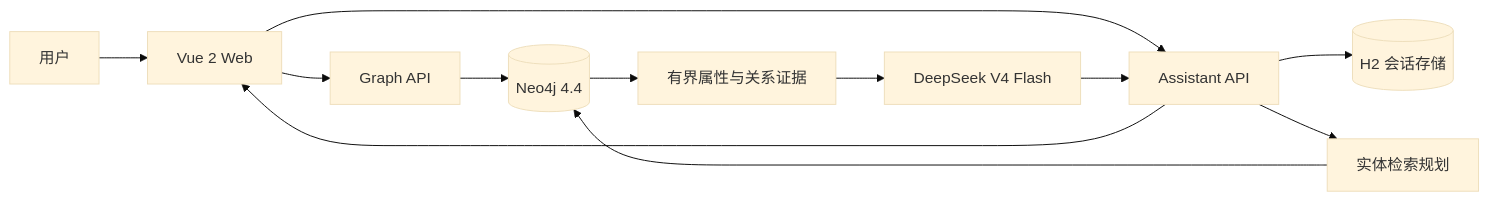
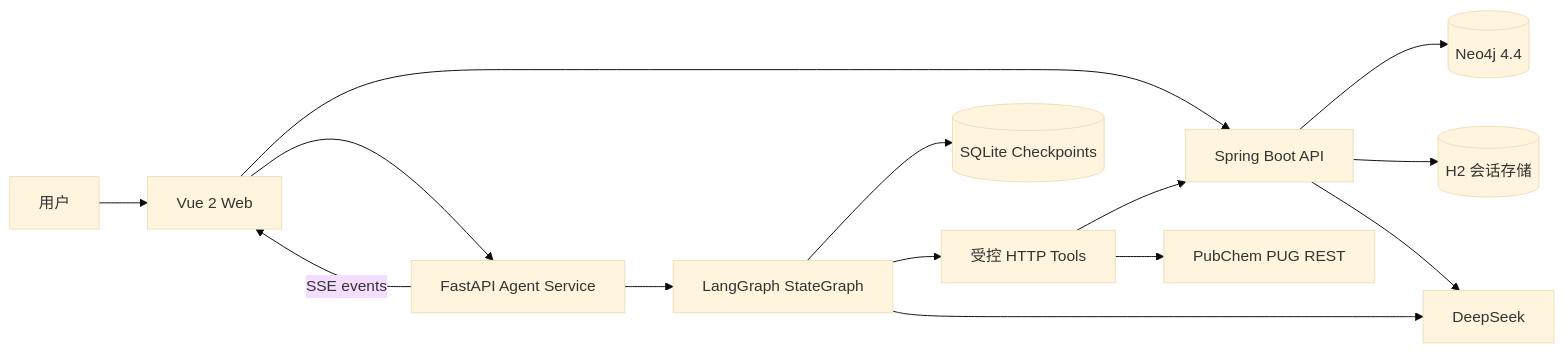
Before and after one commit to toututuya/Agrireg-AI: the first of 3 diagrams in README.md, drawn with Mermaid (base theme). The commit also changed other lines of this file and 33 other files, not shown here.

````diff
--- a/README.md
+++ b/README.md
@@ -79,14 +86,16 @@
 ```mermaid
 flowchart LR
     U[用户] --> W[Vue 2 Web]
-    W --> G[Graph API]
-    W --> A[Assistant API]
-    G --> N[(Neo4j 4.4)]
-    A --> H[(H2 会话存储)]
-    A --> P[实体检索规划]
-    P --> N
-    N --> E[有界属性与关系证据]
-    E --> D[DeepSeek V4 Flash]
-    D --> A
-    A --> W
+    W --> J[Spring Boot API]
+    J --> N[(Neo4j 4.4)]
+    J --> H[(H2 会话存储)]
+    W --> A[FastAPI Agent Service]
+    A --> L[LangGraph StateGraph]
+    L --> C[受控 HTTP Tools]
+    C --> J
+    C --> P[PubChem PUG REST]
+    L --> S[(SQLite Checkpoints)]
+    J --> D[DeepSeek]
+    L --> D
+    A -->|SSE events| W
 ```
````
